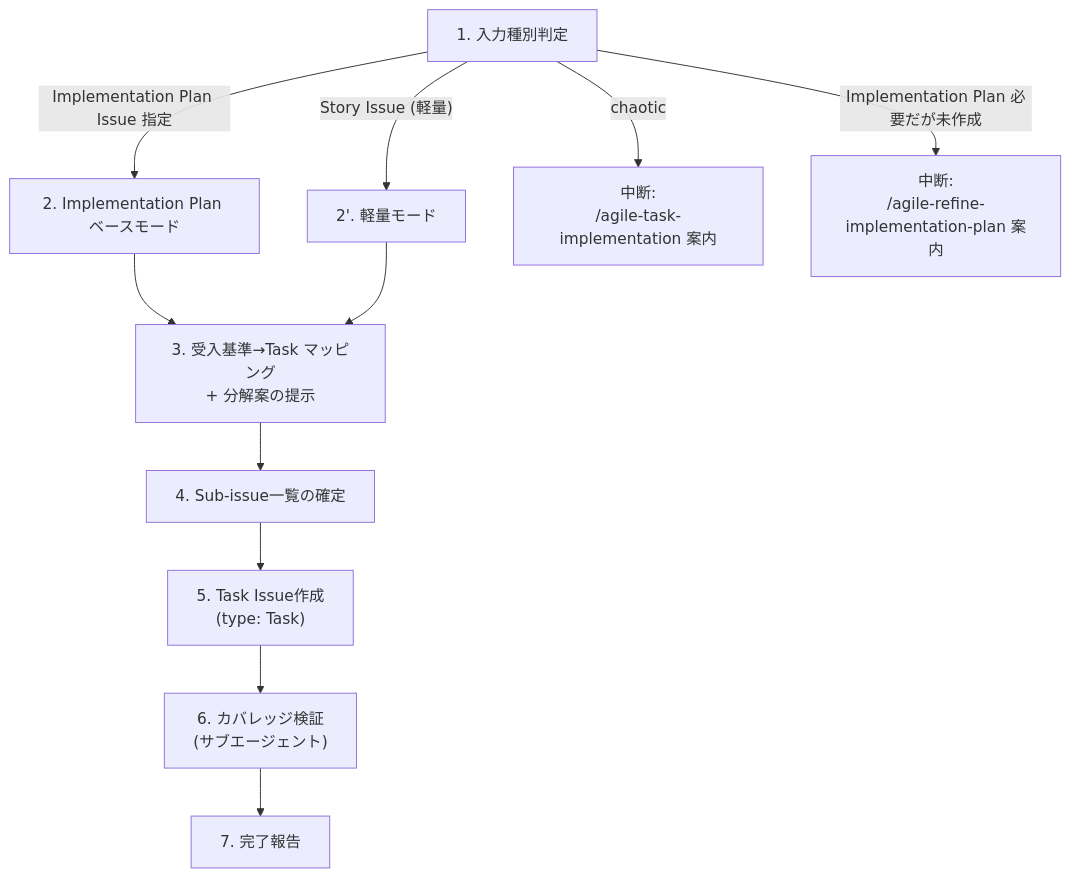
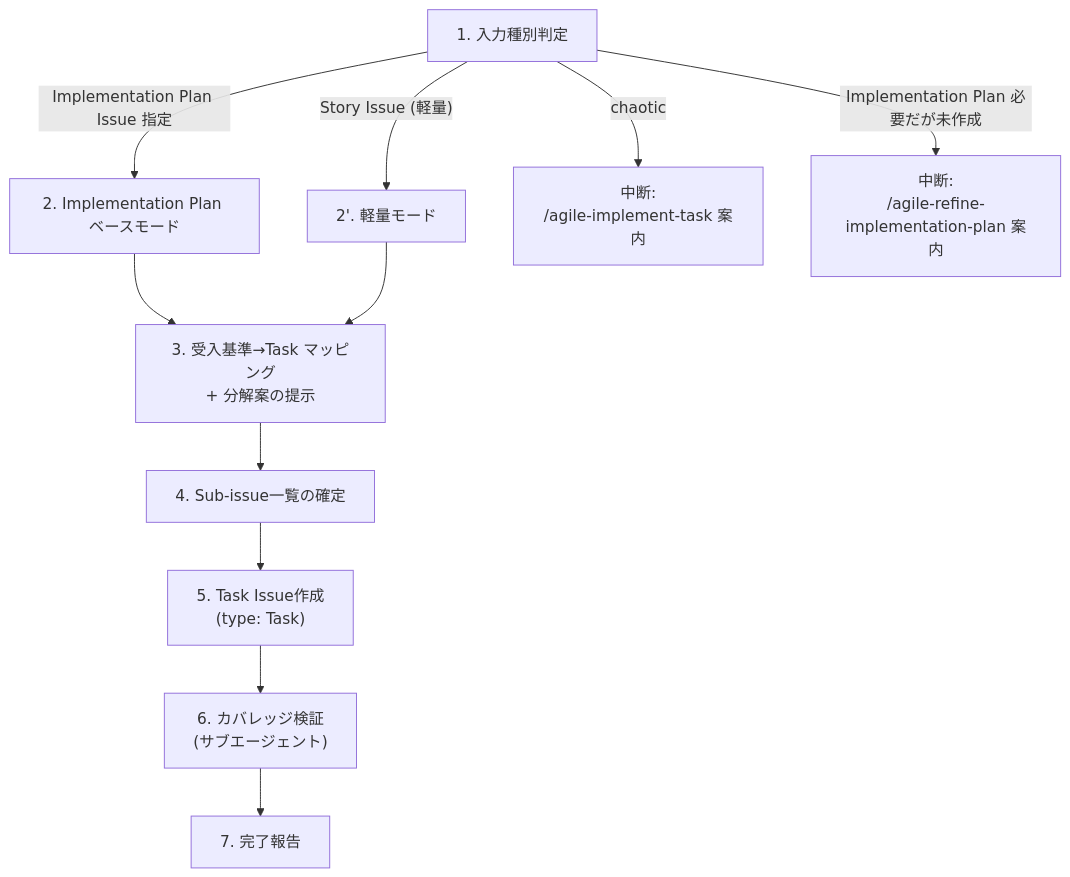
The diagram in skills/agile-decompose-task-from-implementation-plan/SKILL.md (mrtry-lab/skills), drawn with Mermaid before and after one commit. The commit also changed other lines of this file and 24 other files, not shown here.

````diff
--- a/skills/agile-decompose-task-from-implementation-plan/SKILL.md
+++ b/skills/agile-decompose-task-from-implementation-plan/SKILL.md
@@ -31,17 +31,17 @@
 ```mermaid
 flowchart TB
   input["1. 入力種別判定"]
   plan_mode["2. Implementation Plan ベースモード"]
   story_mode["2'. 軽量モード"]
   decompose["3. 受入基準→Task マッピング\n+ 分解案の提示"]
   confirm["4. Sub-issue一覧の確定"]
   create["5. Task Issue作成\n(type: Task)"]
   verify["6. カバレッジ検証\n(サブエージェント)"]
   report["7. 完了報告"]
 
   input -- "Implementation Plan Issue 指定" --> plan_mode --> decompose
   input -- "Story Issue (軽量)" --> story_mode --> decompose
-  input -- "chaotic" --> chaotic["中断:\n/agile-task-implementation 案内"]
+  input -- "chaotic" --> chaotic["中断:\n/agile-implement-task 案内"]
   input -- "Implementation Plan 必要だが未作成" --> need_plan["中断:\n/agile-refine-implementation-plan 案内"]
   decompose --> confirm --> create --> verify --> report
 ```
````
